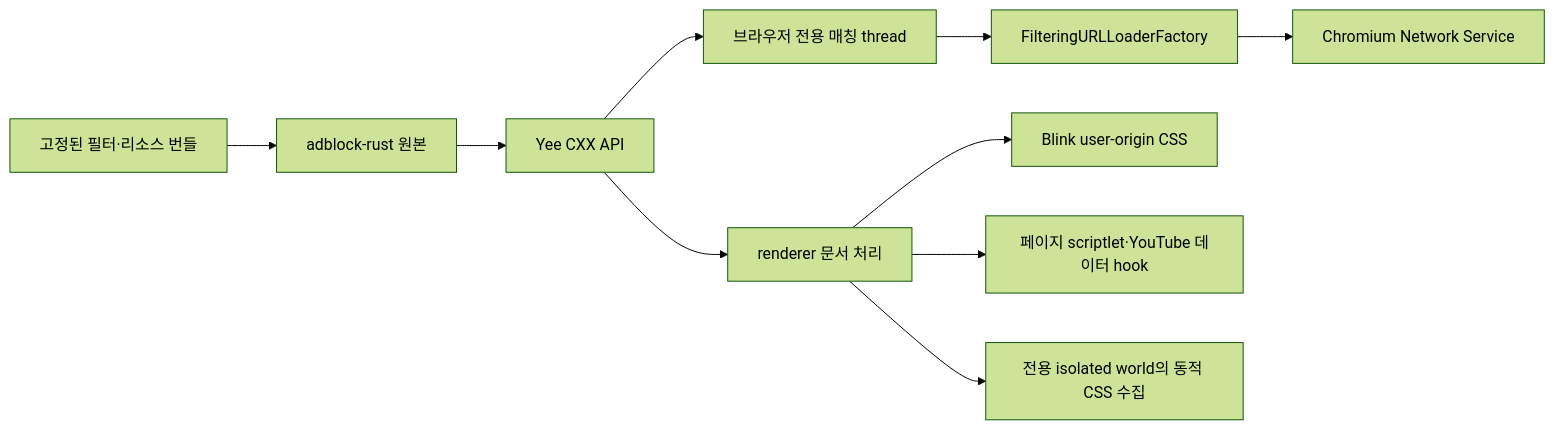
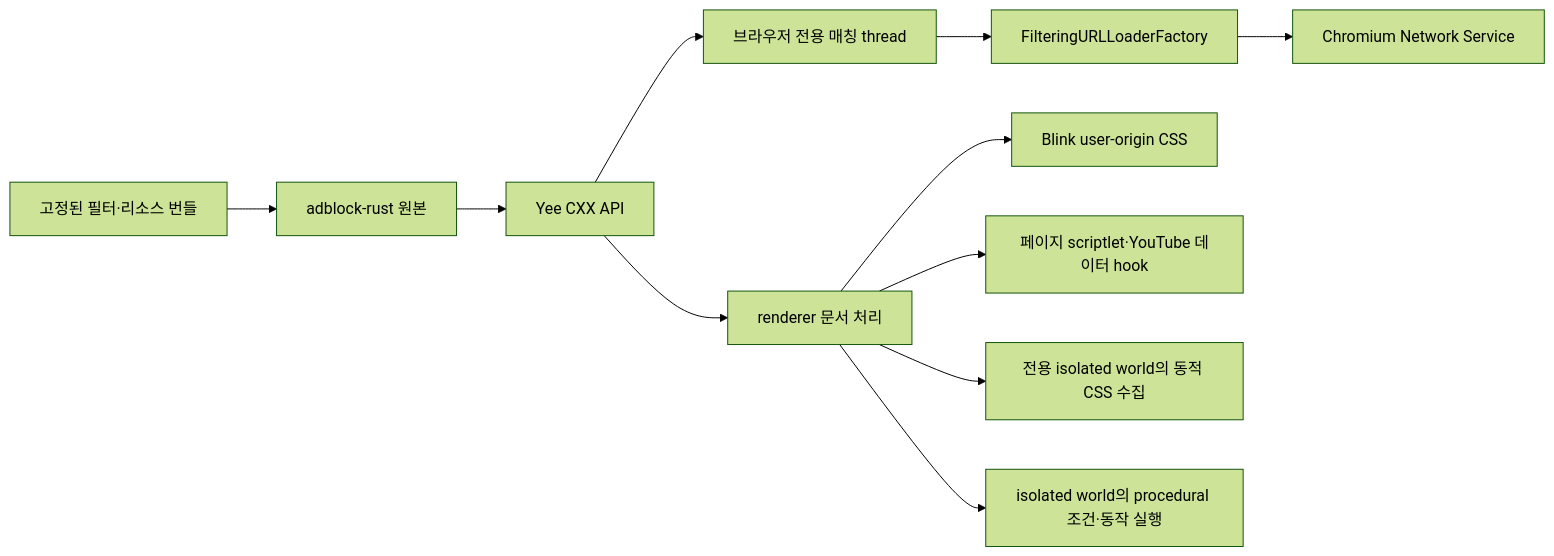
One commit to Yon-Fandorin/yee changed the diagram in docs/content-blocking-checkpoint.md. Above: the diagram before and after it, drawn with Mermaid (forest theme). The commit also changed other lines of this file and 552 other files, not shown here.

````diff
--- a/docs/content-blocking-checkpoint.md
+++ b/docs/content-blocking-checkpoint.md
@@ -37,12 +38,13 @@
 ```mermaid
 flowchart LR
   R[고정된 필터·리소스 번들] --> E[adblock-rust 원본]
   E --> C[Yee CXX API]
   C --> N[브라우저 전용 매칭 thread]
   N --> F[FilteringURLLoaderFactory]
   F --> S[Chromium Network Service]
   C --> D[renderer 문서 처리]
   D --> CSS[Blink user-origin CSS]
   D --> JS[페이지 scriptlet·YouTube 데이터 hook]
   D --> G[전용 isolated world의 동적 CSS 수집]
+  D --> P[isolated world의 procedural 조건·동작 실행]
 ```
````
